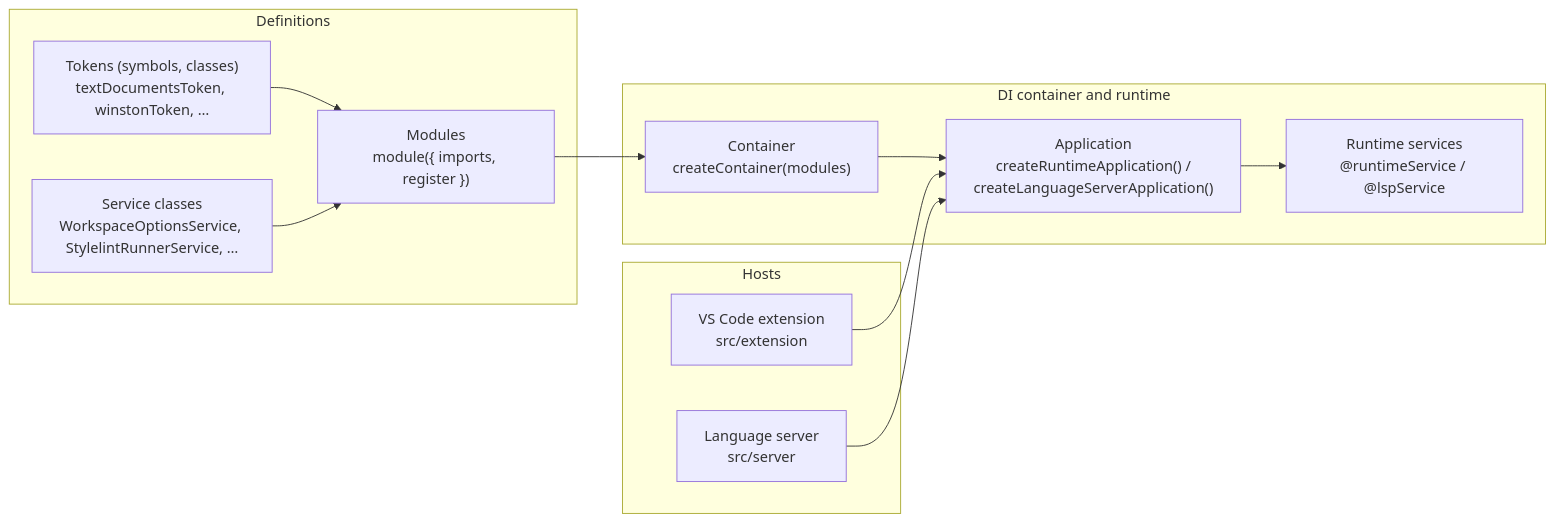
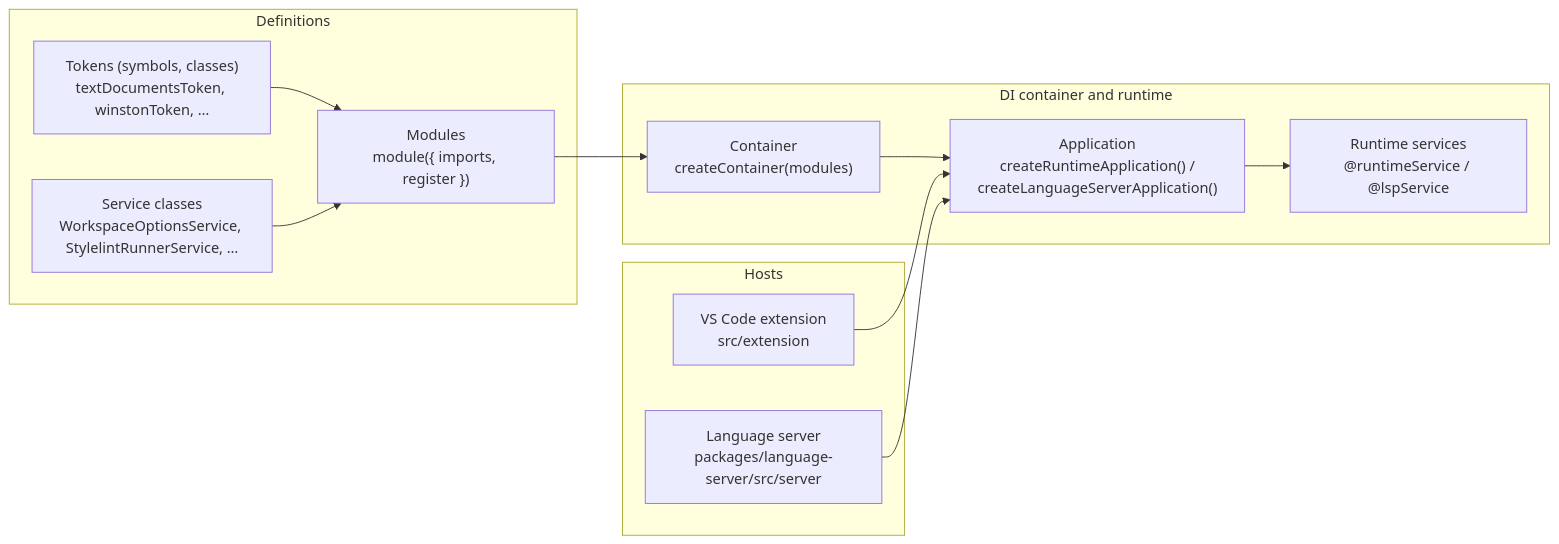
The diagram in ARCHITECTURE.md (stylelint/vscode-stylelint), drawn with Mermaid before and after one commit. The commit also changed other lines of this file and 313 other files, not shown here.

Commit message:
feat: release language server as npm package

````diff
--- a/ARCHITECTURE.md
+++ b/ARCHITECTURE.md
@@ -45,37 +45,37 @@
 ```mermaid
 flowchart LR
   subgraph Definitions
     TOK["Tokens (symbols, classes)
 textDocumentsToken, winstonToken, …"]
     CLS["Service classes
 WorkspaceOptionsService, StylelintRunnerService, …"]
     MOD["Modules
 module({ imports, register })"]
   end
 
   subgraph DI_Runtime["DI container and runtime"]
     CON["Container
 createContainer(modules)"]
     APP["Application
 createRuntimeApplication() /
 createLanguageServerApplication()"]
     RT["Runtime services
 @runtimeService / @lspService"]
   end
 
   subgraph Hosts
     EXT["VS Code extension
 src/extension"]
     SRV["Language server
-src/server"]
+packages/language-server/src/server"]
   end
 
   TOK --> MOD
   CLS --> MOD
   MOD --> CON
   CON --> APP
   APP --> RT
 
   EXT --> APP
   SRV --> APP
 ```
````
